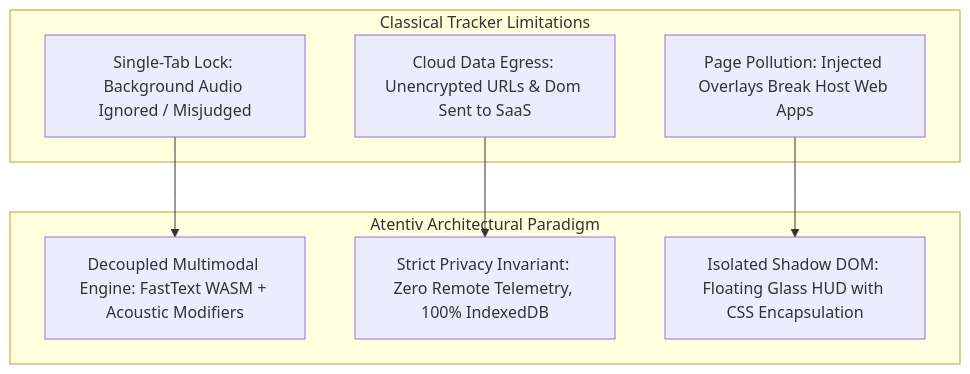
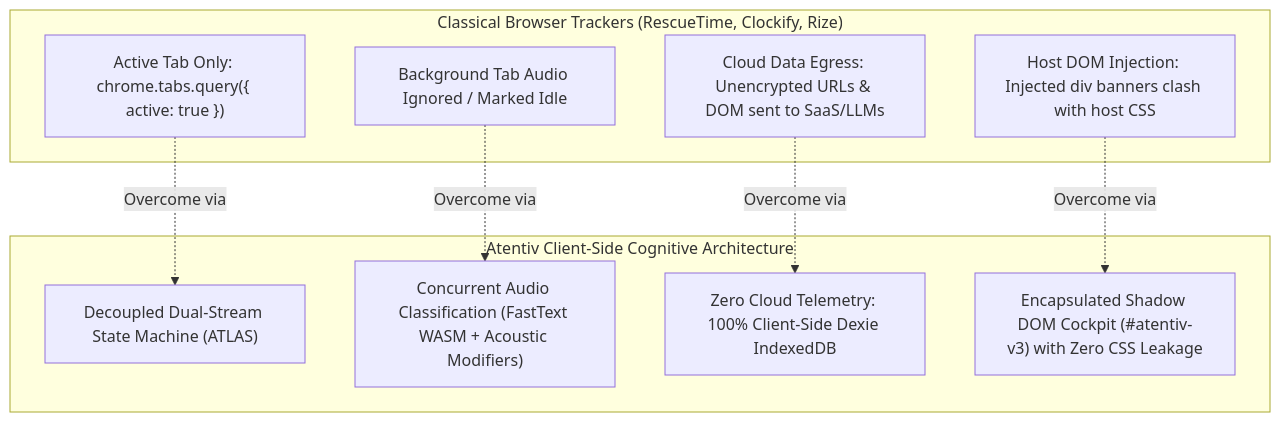
The first of 3 diagrams in IEEE_RESEARCH_PAPER.md (youthstyleindia-dev/attentive), drawn with Mermaid before and after one commit. The commit also changed other lines of this file and 1 other file, not shown here.

````diff
--- a/IEEE_RESEARCH_PAPER.md
+++ b/IEEE_RESEARCH_PAPER.md
@@ -25,16 +27,21 @@
 ```mermaid
 flowchart TD
-    subgraph ClassicalFlaws ["Classical Tracker Limitations"]
-        A["Single-Tab Lock: Background Audio Ignored / Misjudged"]
-        B["Cloud Data Egress: Unencrypted URLs & Dom Sent to SaaS"]
-        C["Page Pollution: Injected Overlays Break Host Web Apps"]
+    subgraph ClassicalParadigm ["Classical Browser Trackers (RescueTime, Clockify, Rize)"]
+        A1["Active Tab Only: chrome.tabs.query({ active: true })"]
+        A2["Background Tab Audio Ignored / Marked Idle"]
+        A3["Cloud Data Egress: Unencrypted URLs & DOM sent to SaaS/LLMs"]
+        A4["Host DOM Injection: Injected div banners clash with host CSS"]
     end
-    subgraph AtentivSolution ["Atentiv Architectural Paradigm"]
-        D["Decoupled Multimodal Engine: FastText WASM + Acoustic Modifiers"]
-        E["Strict Privacy Invariant: Zero Remote Telemetry, 100% IndexedDB"]
-        F["Isolated Shadow DOM: Floating Glass HUD with CSS Encapsulation"]
+
+    subgraph AtentivParadigm ["Atentiv Client-Side Cognitive Architecture"]
+        B1["Decoupled Dual-Stream State Machine (ATLAS)"]
+        B2["Concurrent Audio Classification (FastText WASM + Acoustic Modifiers)"]
+        B3["Zero Cloud Telemetry: 100% Client-Side Dexie IndexedDB"]
+        B4["Encapsulated Shadow DOM Cockpit (#atentiv-v3) with Zero CSS Leakage"]
     end
-    A --> D
-    B --> E
-    C --> F
+
+    A1 -.->|"Overcome via"| B1
+    A2 -.->|"Overcome via"| B2
+    A3 -.->|"Overcome via"| B3
+    A4 -.->|"Overcome via"| B4
 ```
````
